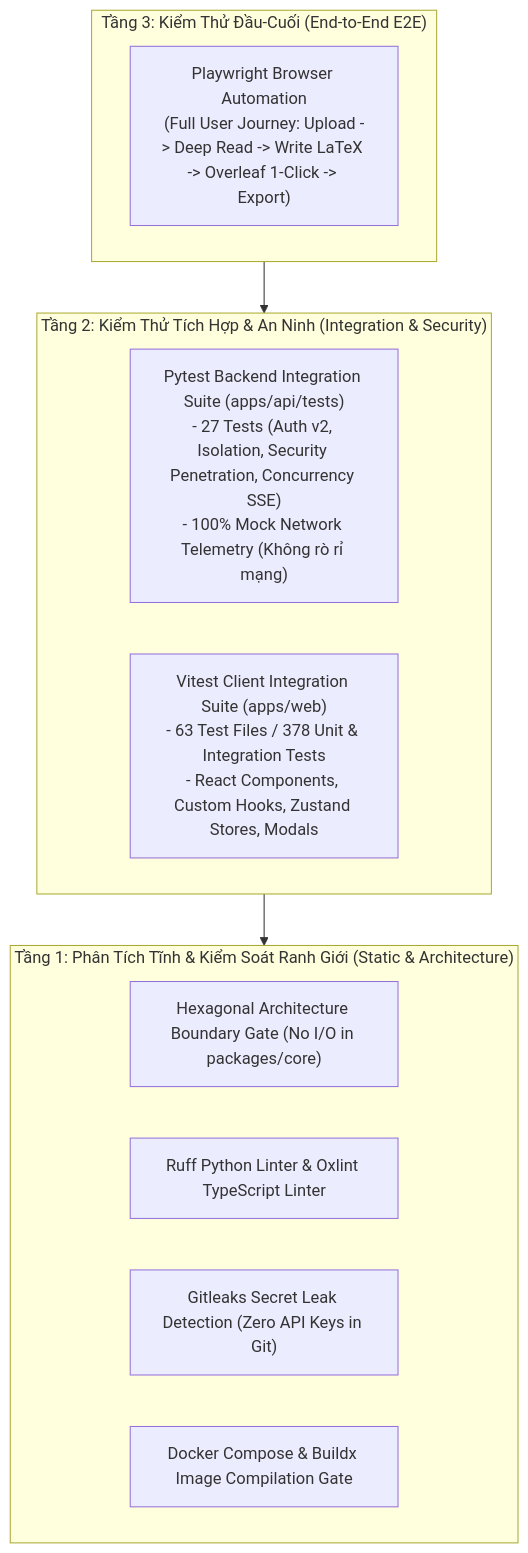
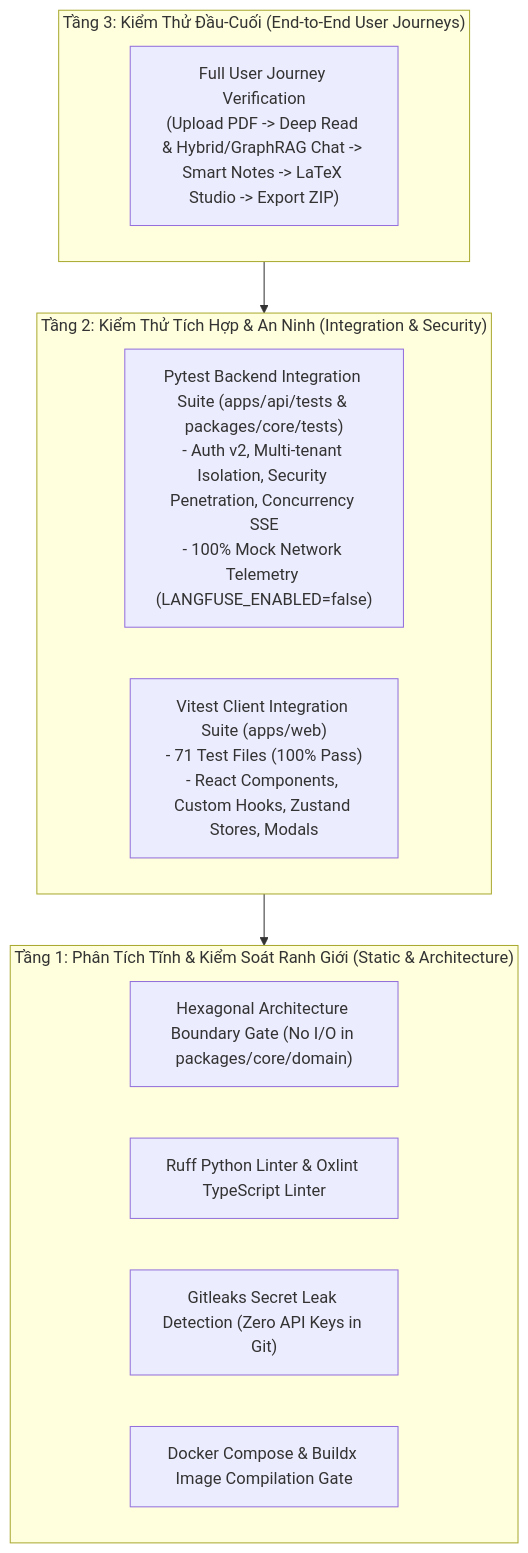
One commit to dammanhdungvn/VeriScholar changed the diagram in docs/05-testing-and-qa/testing-strategy.md. Above: the diagram before and after it, drawn with Mermaid. The commit also changed other lines of this file and 24 other files, not shown here.

Commit message:
docs: remove obsolete 5-pillar docs and align architecture docs with MVP PRD

````diff
--- a/docs/05-testing-and-qa/testing-strategy.md
+++ b/docs/05-testing-and-qa/testing-strategy.md
@@ -9,21 +9,21 @@
 ```mermaid
 flowchart TD
-    subgraph E2E_TIER ["Tầng 3: Kiểm Thử Đầu-Cuối (End-to-End E2E)"]
-        Playwright["Playwright Browser Automation<br/>(Full User Journey: Upload -> Deep Read -> Write LaTeX -> Overleaf 1-Click -> Export)"]
+    subgraph E2E_TIER ["Tầng 3: Kiểm Thử Đầu-Cuối (End-to-End User Journeys)"]
+        E2E["Full User Journey Verification<br/>(Upload PDF -> Deep Read & Hybrid/GraphRAG Chat -> Smart Notes -> LaTeX Studio -> Export ZIP)"]
     end
 
     subgraph INTEGRATION_TIER ["Tầng 2: Kiểm Thử Tích Hợp & An Ninh (Integration & Security)"]
-        PytestBackend["Pytest Backend Integration Suite (apps/api/tests)<br/>- 27 Tests (Auth v2, Isolation, Security Penetration, Concurrency SSE)<br/>- 100% Mock Network Telemetry (Không rò rỉ mạng)"]
-        VitestFrontend["Vitest Client Integration Suite (apps/web)<br/>- 63 Test Files / 378 Unit & Integration Tests<br/>- React Components, Custom Hooks, Zustand Stores, Modals"]
+        PytestBackend["Pytest Backend Integration Suite (apps/api/tests & packages/core/tests)<br/>- Auth v2, Multi-tenant Isolation, Security Penetration, Concurrency SSE<br/>- 100% Mock Network Telemetry (LANGFUSE_ENABLED=false)"]
+        VitestFrontend["Vitest Client Integration Suite (apps/web)<br/>- 71 Test Files (100% Pass)<br/>- React Components, Custom Hooks, Zustand Stores, Modals"]
     end
 
     subgraph STATIC_TIER ["Tầng 1: Phân Tích Tĩnh & Kiểm Soát Ranh Giới (Static & Architecture)"]
-        HexGate["Hexagonal Architecture Boundary Gate (No I/O in packages/core)"]
+        HexGate["Hexagonal Architecture Boundary Gate (No I/O in packages/core/domain)"]
         RuffOxlint["Ruff Python Linter & Oxlint TypeScript Linter"]
         SecretGitleaks["Gitleaks Secret Leak Detection (Zero API Keys in Git)"]
         DockerValidate["Docker Compose & Buildx Image Compilation Gate"]
     end
 
     E2E_TIER --> INTEGRATION_TIER
     INTEGRATION_TIER --> STATIC_TIER
 ```
````
